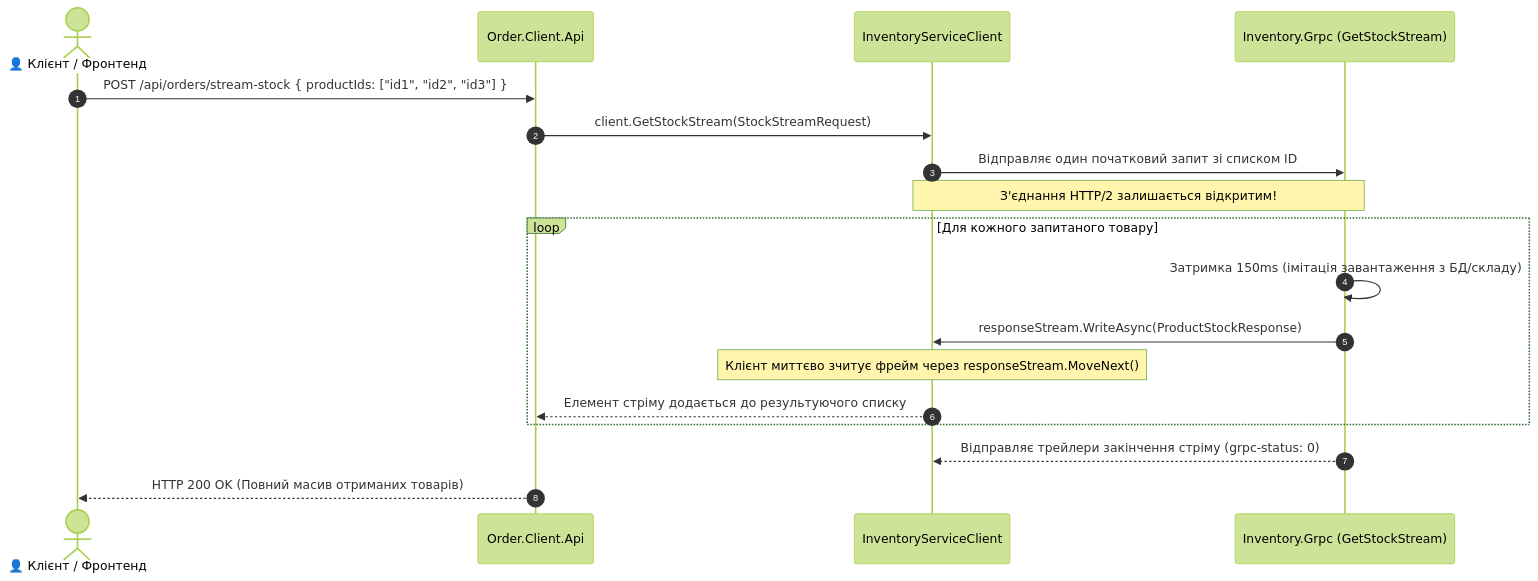
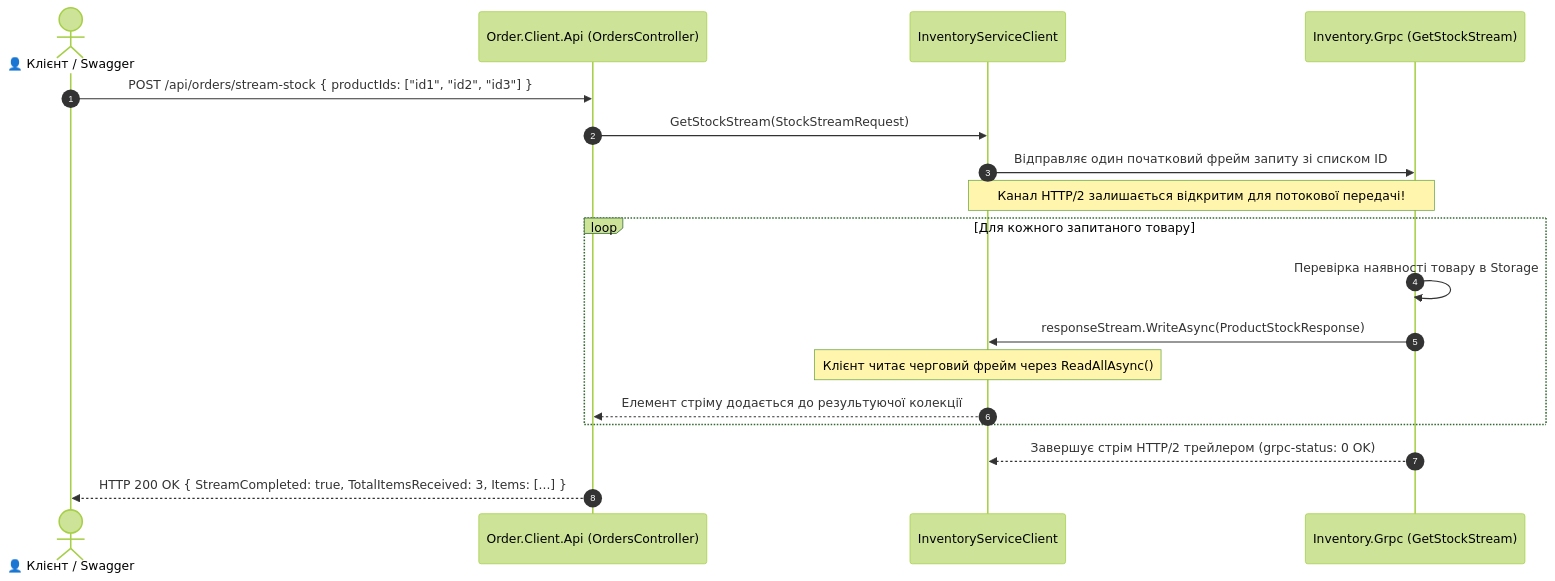
The third of 3 diagrams in 05-Synchronous-Transport-gRPC/STRUCTURE-AND-DATA-FLOW.md (MrTomkaYurii/Microservices-Aspire-Mastery), drawn with Mermaid (forest theme) before and after one commit. The commit also changed other lines of this file and 49 other files, not shown here.

````diff
--- a/05-Synchronous-Transport-gRPC/STRUCTURE-AND-DATA-FLOW.md
+++ b/05-Synchronous-Transport-gRPC/STRUCTURE-AND-DATA-FLOW.md
@@ -121,24 +129,24 @@
 ```mermaid
 sequenceDiagram
     autonumber
-    actor Client as 👤 Клієнт / Фронтенд
-    participant API as Order.Client.Api
+    actor Client as 👤 Клієнт / Swagger
+    participant API as Order.Client.Api (OrdersController)
     participant gRPC_Client as InventoryServiceClient
     participant Server as Inventory.Grpc (GetStockStream)
 
     Client->>API: POST /api/orders/stream-stock { productIds: ["id1", "id2", "id3"] }
-    API->>gRPC_Client: client.GetStockStream(StockStreamRequest)
-    gRPC_Client->>Server: Відправляє один початковий запит зі списком ID
+    API->>gRPC_Client: GetStockStream(StockStreamRequest)
+    gRPC_Client->>Server: Відправляє один початковий фрейм запиту зі списком ID
     
-    Note over Server,gRPC_Client: З'єднання HTTP/2 залишається відкритим!
+    Note over Server,gRPC_Client: Канал HTTP/2 залишається відкритим для потокової передачі!
     
     loop Для кожного запитаного товару
-        Server->>Server: Затримка 150ms (імітація завантаження з БД/складу)
+        Server->>Server: Перевірка наявності товару в Storage
         Server->>gRPC_Client: responseStream.WriteAsync(ProductStockResponse)
-        Note over gRPC_Client: Клієнт миттєво зчитує фрейм через responseStream.MoveNext()
-        gRPC_Client-->>API: Елемент стріму додається до результуючого списку
+        Note over gRPC_Client: Клієнт читає черговий фрейм через ReadAllAsync()
+        gRPC_Client-->>API: Елемент стріму додається до результуючої колекції
     end
     
-    Server-->>gRPC_Client: Відправляє трейлери закінчення стріму (grpc-status: 0)
-    API-->>Client: HTTP 200 OK (Повний масив отриманих товарів)
+    Server-->>gRPC_Client: Завершує стрім HTTP/2 трейлером (grpc-status: 0 OK)
+    API-->>Client: HTTP 200 OK { StreamCompleted: true, TotalItemsReceived: 3, Items: [...] }
 ```
````
